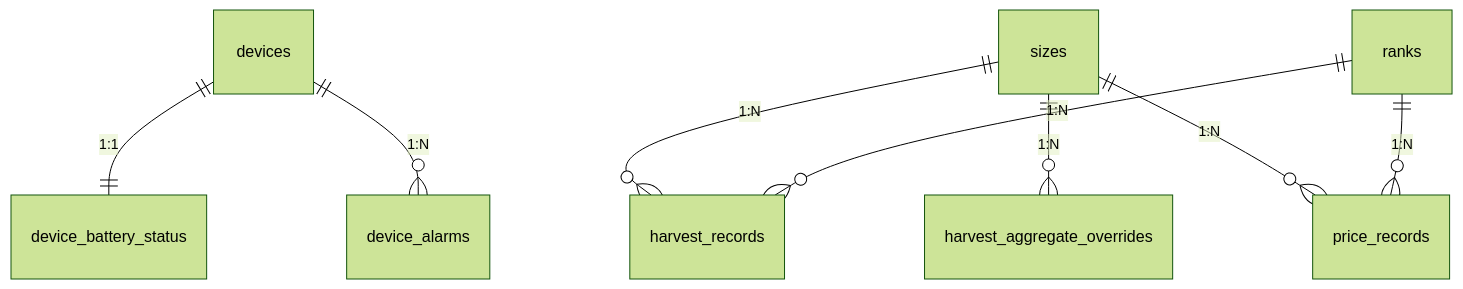
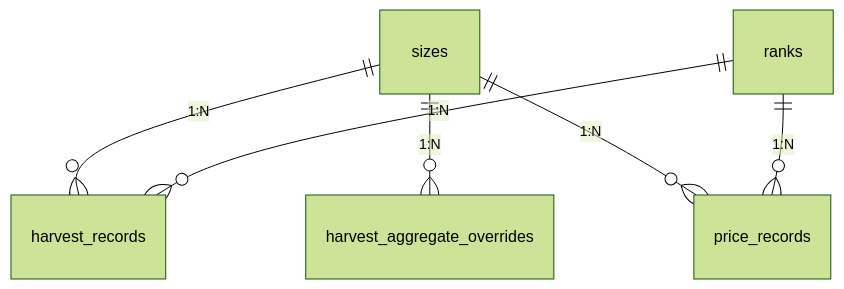
The diagram in docs/db/schema.md (shinji1095/workez-server), drawn with Mermaid (forest theme) before and after one commit. The commit also changed other lines of this file and 20 other files, not shown here.

````diff
--- a/docs/db/schema.md
+++ b/docs/db/schema.md
@@ -20,10 +20,8 @@
 ```mermaid
 erDiagram
-  devices ||--|| device_battery_status : "1:1"
-  devices ||--o{ device_alarms : "1:N"
   sizes ||--o{ harvest_records : "1:N"
   sizes ||--o{ harvest_aggregate_overrides : "1:N"
   ranks ||--o{ harvest_records : "1:N"
   sizes ||--o{ price_records : "1:N"
   ranks ||--o{ price_records : "1:N"
 ```
````
